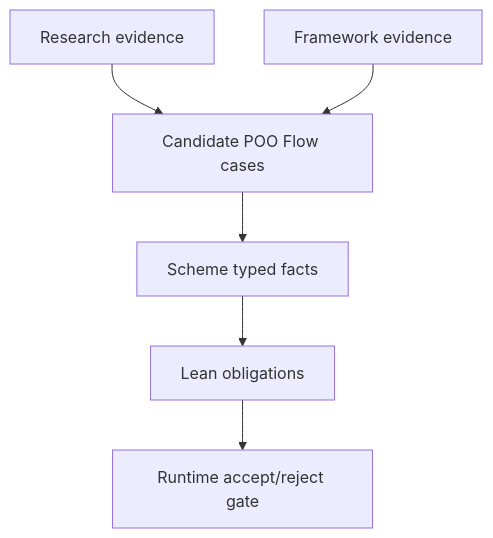
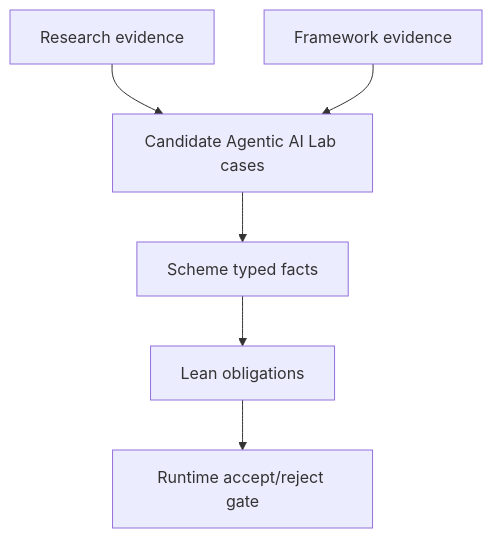
One commit to tao3k/gebril-yuanxu changed the first of 2 diagrams in module-system/design/56-ai-strategy-policy-support-evidence.org. Above: the diagram before and after it, drawn with Mermaid. The commit also changed other lines of this file and 507 other files, not shown here.

```diff
--- a/module-system/design/56-ai-strategy-policy-support-evidence.org
+++ b/module-system/design/56-ai-strategy-policy-support-evidence.org
@@ -359,15 +359,15 @@
 #+begin_src mermaid
 flowchart TD
   Research["Research evidence"]
   Frameworks["Framework evidence"]
-  Cases["Candidate POO Flow cases"]
+  Cases["Candidate Agentic AI Lab cases"]
   Scheme["Scheme typed facts"]
   Lean["Lean obligations"]
   Gate["Runtime accept/reject gate"]
 
   Research --> Cases
   Frameworks --> Cases
   Cases --> Scheme
   Scheme --> Lean
   Lean --> Gate
 #+end_src
```
